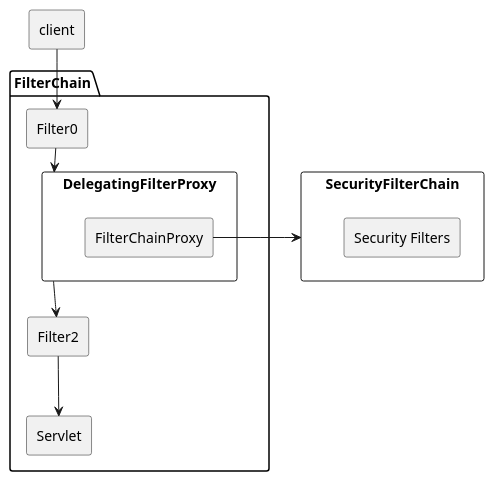
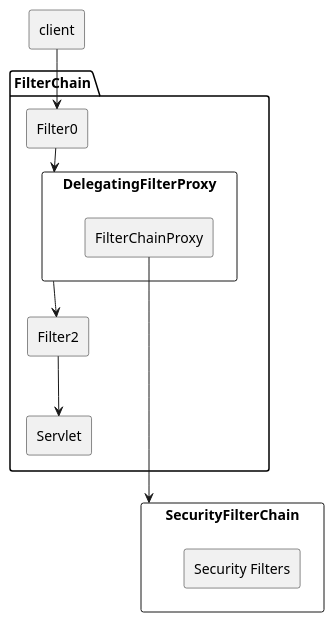
Before and after one commit to kevinwang930/kevinwang930.github.io: the second of 6 diagrams in content/post/java/spring/security.md, drawn with PlantUML. The commit also changed other lines of this file and 1 other file, not shown here.

````diff
--- a/content/post/java/spring/security.md
+++ b/content/post/java/spring/security.md
@@ -54,20 +54,20 @@
 ```plantuml
 
 rectangle client
 package FilterChain {
     rectangle Filter0
     rectangle DelegatingFilterProxy {
         rectangle FilterChainProxy
     }
     rectangle Filter2
     rectangle Servlet
 }
 rectangle SecurityFilterChain {
     rectangle sf as "Security Filters"
 }
 client --> Filter0
 Filter0 --> DelegatingFilterProxy
 DelegatingFilterProxy --> Filter2
 Filter2 --> Servlet
-FilterChainProxy -right-> SecurityFilterChain
+FilterChainProxy ----> SecurityFilterChain
 ```
````
